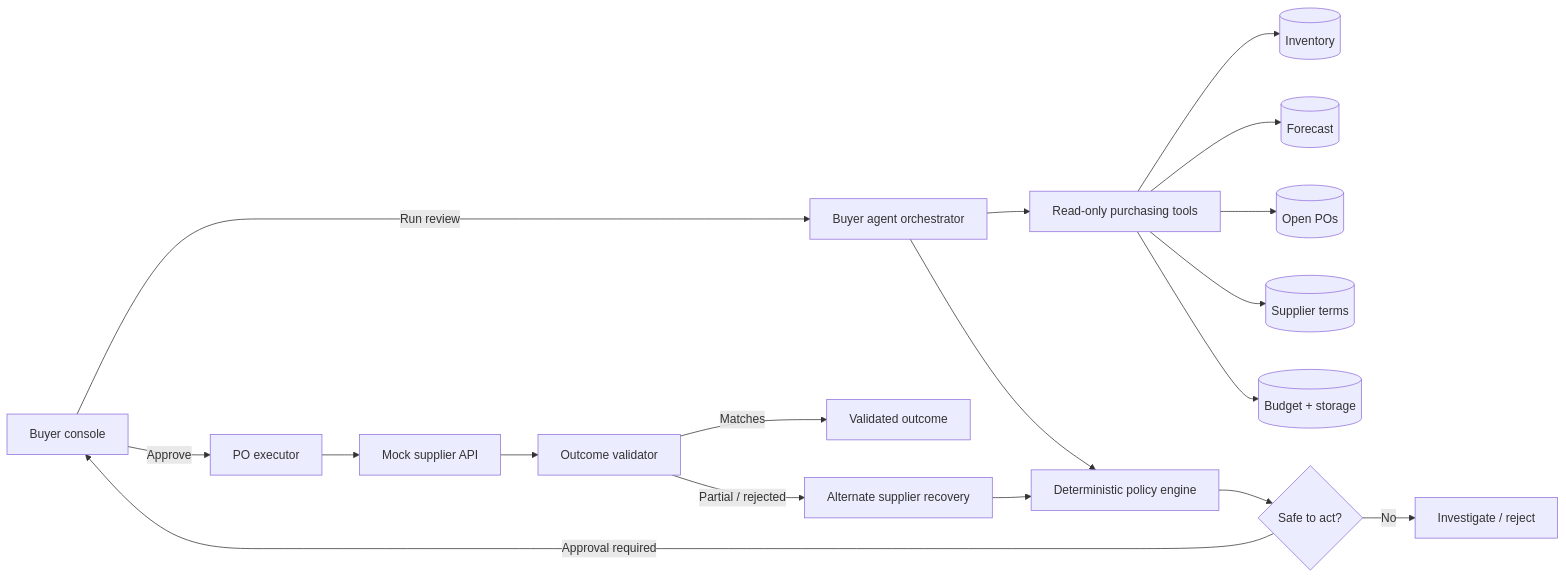
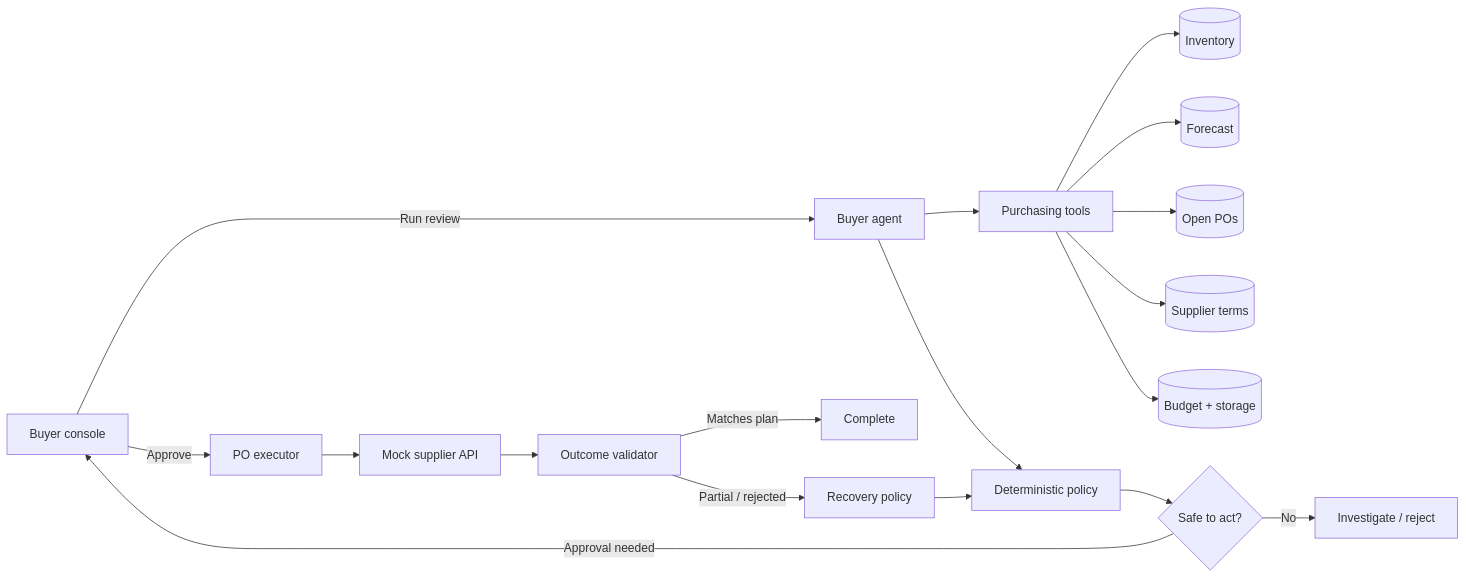
One commit to ArpanNarula/ai-purchasing-agent changed the diagram in README.md. Above: the diagram before and after it, drawn with Mermaid. The commit also changed other lines of this file, not shown here.

````diff
--- a/README.md
+++ b/README.md
@@ -19,20 +29,21 @@
 ```mermaid
 flowchart LR
-    Buyer[Buyer console] -->|Run review| Agent[Buyer agent orchestrator]
-    Agent --> Tools[Read-only purchasing tools]
+    Buyer[Buyer console] -->|Run review| Agent[Buyer agent]
+    Agent --> Tools[Purchasing tools]
     Tools --> Inventory[(Inventory)]
     Tools --> Demand[(Forecast)]
-    Tools --> POs[(Open POs)]
-    Tools --> Supplier[(Supplier terms)]
-    Tools --> Limits[(Budget + storage)]
-    Agent --> Policy[Deterministic policy engine]
-    Policy --> Guardrail{Safe to act?}
-    Guardrail -->|No| Investigate[Investigate / reject]
-    Guardrail -->|Approval required| Buyer
+    Tools --> OpenPOs[(Open POs)]
+    Tools --> Suppliers[(Supplier terms)]
+    Tools --> Constraints[(Budget + storage)]
+
+    Agent --> Policy[Deterministic policy]
+    Policy --> Gate{Safe to act?}
+    Gate -->|No| Stop[Investigate / reject]
+    Gate -->|Approval needed| Buyer
     Buyer -->|Approve| Executor[PO executor]
-    Executor --> MockAPI[Mock supplier API]
-    MockAPI --> Validator[Outcome validator]
-    Validator -->|Matches| Done[Validated outcome]
-    Validator -->|Partial / rejected| Recovery[Alternate supplier recovery]
+    Executor --> SupplierAPI[Mock supplier API]
+    SupplierAPI --> Validator[Outcome validator]
+    Validator -->|Matches plan| Complete[Complete]
+    Validator -->|Partial / rejected| Recovery[Recovery policy]
     Recovery --> Policy
 ```
````
